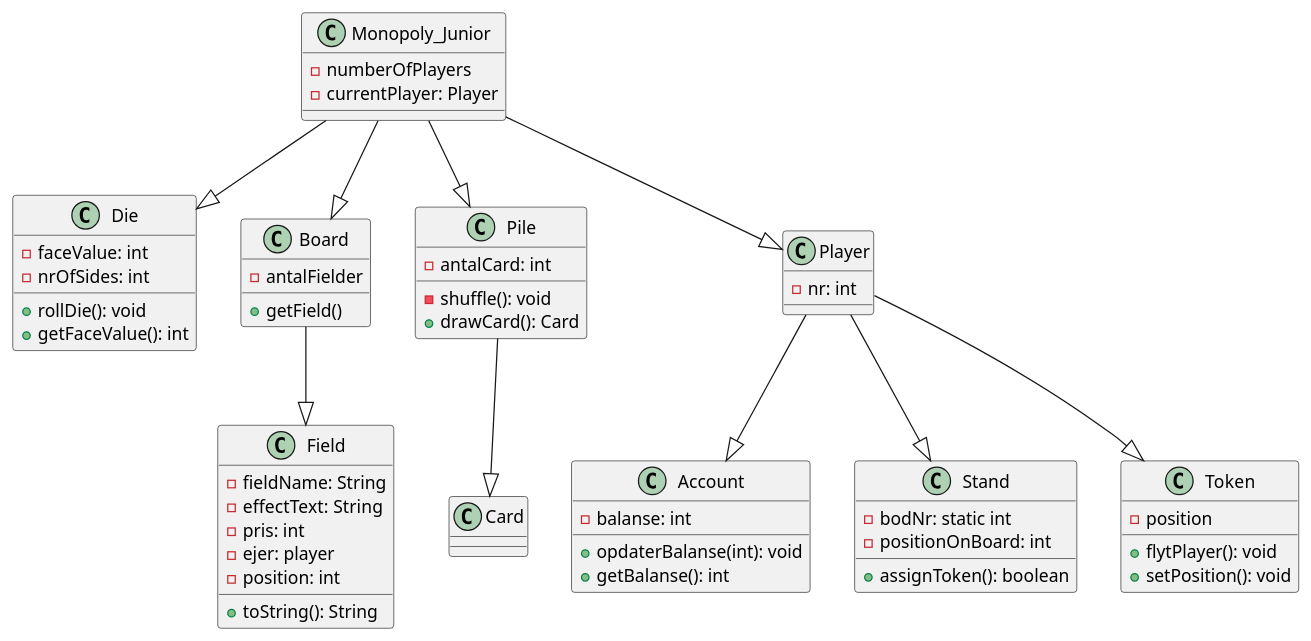
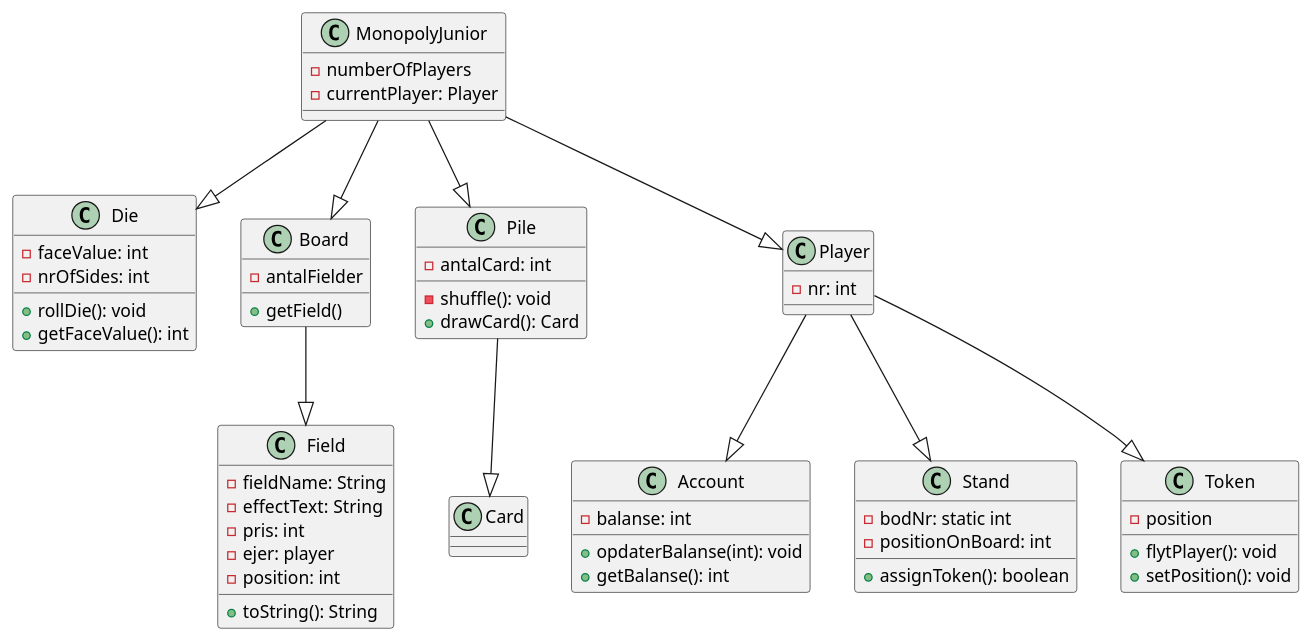
One commit to Greve2001/CDIO3 changed the diagram in diagrams/Design klasse diagram.puml. Above: the diagram before and after it, drawn with PlantUML. The commit also changed 2 other files, not shown here.

Commit message:
Oprettet Main.java og MonopolyJunior.java Opdateret klasse diagram

```diff
--- a/diagrams/Design klasse diagram.puml
+++ b/diagrams/Design klasse diagram.puml
@@ -1,92 +1,92 @@
 @startuml
 'https://plantuml.com/class-diagram
 
-class "Monopoly_Junior" as Game
+class "MonopolyJunior" as Game
 class Die
 class Board
 class Field
 class Pile
 class Card
 class Player
 class Account
 class Stand
 class Token
 
 Game --|> Die
 Game --|> Pile
 Game --|> Player
 Game --|> Board
 Board --|> Field
 Player --|> Stand
 Player --|> Account
 Player --|> Token
 Pile --|> Card
 
 class Game {
     -numberOfPlayers
     -currentPlayer: Player
 }
 
 class Die {
     -faceValue: int
     -nrOfSides: int
     +rollDie(): void
     +getFaceValue(): int
 }
 
 class Board {
     -antalFielder
     +getField()
 }
 
 class Field {
     -fieldName: String
     -effectText: String
     -pris: int
     -ejer: player
     -position: int
 
     +toString(): String
 
 }
 
 class Card {
 
 }
 
 'opdaterBalanse() er lavet som boolean, for at kunne returnere hvis en Player går bankerot'
 class Account {
     -balanse: int
     +opdaterBalanse(int): void
     +getBalanse(): int
 }
 
 class Pile {
     -antalCard: int
     -shuffle(): void
     +drawCard(): Card
 
 }
 
 class Player {
     -nr: int
 }
 
 class Token {
     -position
     +flytPlayer(): void
     +setPosition(): void
 }
 
 'assignToken er lavet som boolean return i tilfælde af at der ikke er flere tokens'
 class Stand {
     -bodNr: static int
     -positionOnBoard: int
     +assignToken(): boolean
 }
 
 
 
 
 
 @enduml
```
